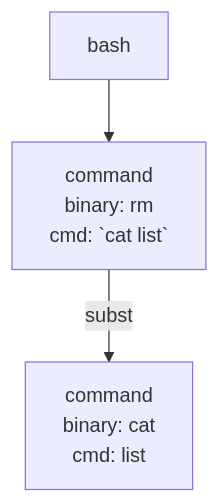
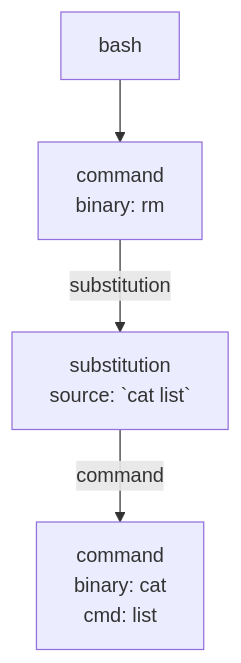
The diagram in examples/ast/backtick-substitution/index.md (ashleydavis/expressive-permissions), drawn with Mermaid before and after one commit. The commit also changed 433 other files, not shown here.

````diff
--- a/examples/ast/backtick-substitution/index.md
+++ b/examples/ast/backtick-substitution/index.md
@@ -11,8 +11,10 @@
 ```mermaid
 graph TD
   n0["bash"]
-  n1["command<br/>binary: rm<br/>cmd: `cat list`"]
-  n2["command<br/>binary: cat<br/>cmd: list"]
-  n1 -->|subst| n2
+  n1["command<br/>binary: rm"]
+  n2["substitution<br/>source: `cat list`"]
+  n3["command<br/>binary: cat<br/>cmd: list"]
   n0 --> n1
+  n1 -->|substitution| n2
+  n2 -->|command| n3
 ```
````
